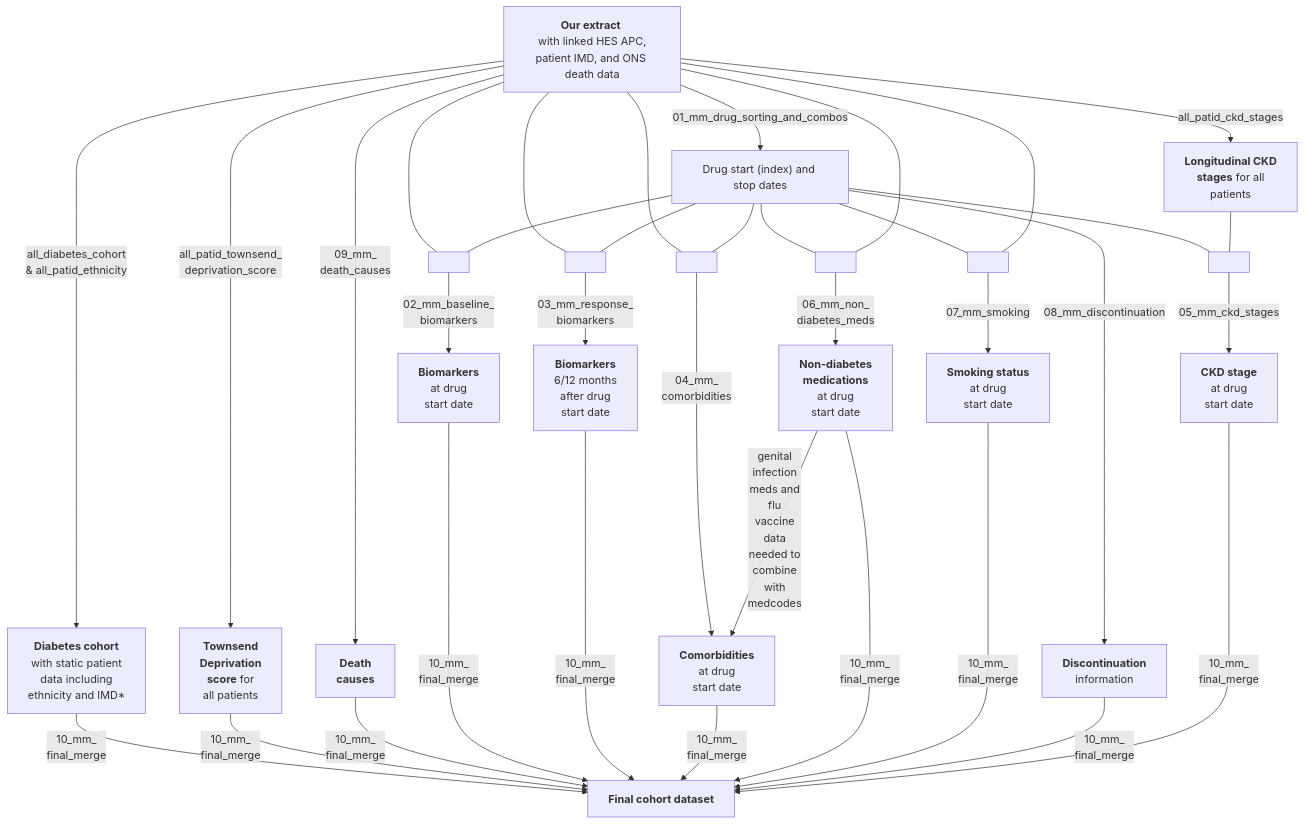
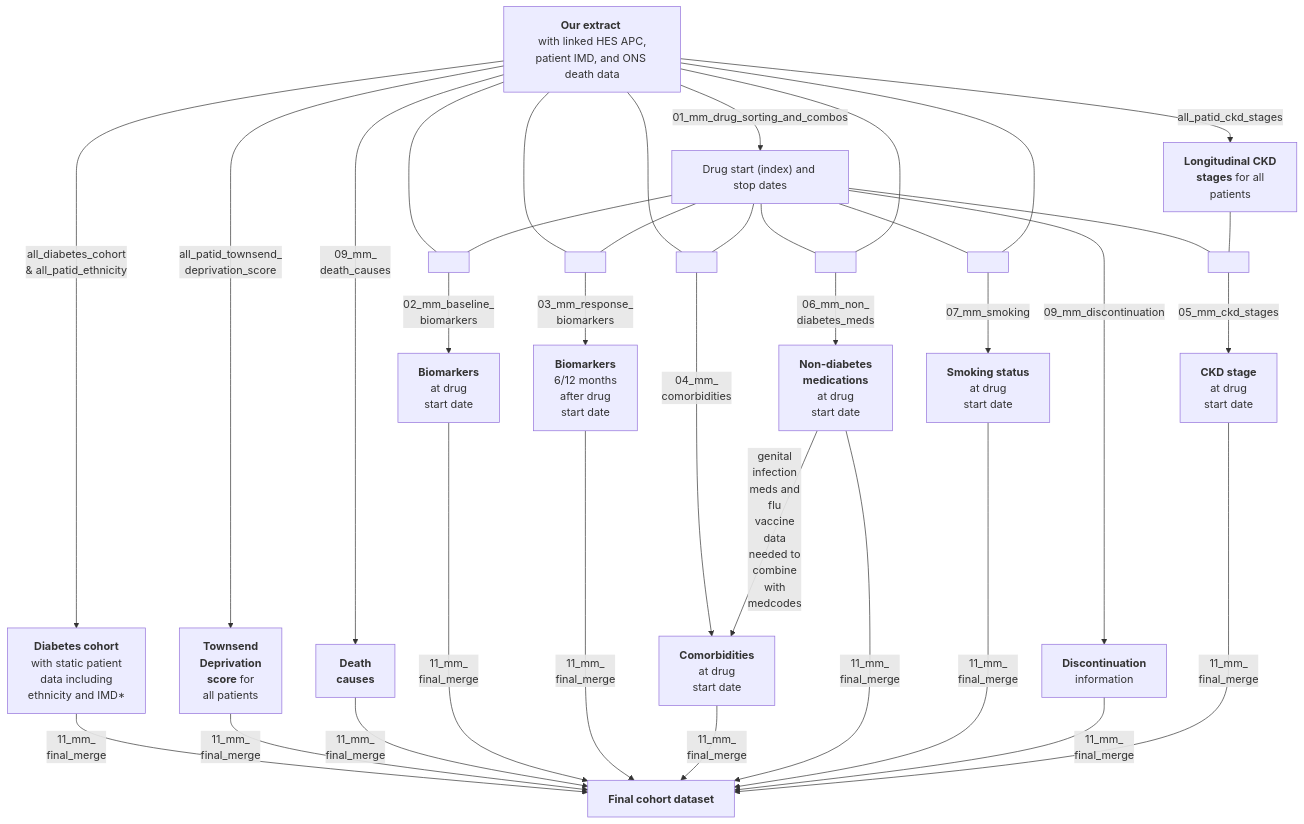
Before and after one commit to Exeter-Diabetes/CPRD-Cohort-scripts: the diagram in 03-Treatment-response-(MASTERMIND)/README.md, drawn with Mermaid.

````diff
--- a/03-Treatment-response-(MASTERMIND)/README.md
+++ b/03-Treatment-response-(MASTERMIND)/README.md
@@ -13,48 +13,48 @@
 ```mermaid
 graph TD;
     A["<b>Our extract</b> <br> with linked HES APC, patient IMD, and ONS death data"] --> |"all_diabetes_cohort <br> & all_patid_ethnicity"|B["<b>Diabetes cohort<br></b> with static patient <br>data including <br>ethnicity and IMD*"]
     A-->|"all_patid_townsend_<br>deprivation_score"|N["<b>Townsend<br> Deprivation<br>score</b> for<br> all patients"]
     A-->|"09_mm_<br>death_causes"|O["<b>Death<br>causes</b>"]
     A-->|"01_mm_drug_sorting_and_combos"|H["Drug start (index) and stop dates"]
 
     A---Y[ ]:::empty
     H---Y
     Y-->|"02_mm_baseline_<br>biomarkers"|E["<b>Biomarkers</b> <br> at drug <br> start date"]
     
     A---T[ ]:::empty
     H---T
     T-->|"03_mm_response_<br>biomarkers"|L["<b>Biomarkers</b> <br> 6/12 months <br> after drug <br>start date"]
     
     A---W[ ]:::empty
     H---W
     W-->|"04_mm_<br>comorbidities"|F["<b>Comorbidities</b> <br> at drug <br> start date"]
     
     H---U[ ]:::empty
     A---U
     U-->|"06_mm_non_<br>diabetes_meds"|M["<b>Non-diabetes <br>medications</b> <br> at drug <br> start date"]
     
     M-->|"genital<br>infection<br>meds and<br>flu<br>vaccine<br>data<br>needed to<br>combine<br>with<br>medcodes"|F
     
     H---X[ ]:::empty
     A---X
     X-->|"07_mm_smoking"|G["<b>Smoking status</b> <br> at drug <br> start date"]
     
-    H-->|"08_mm_discontinuation"|V["<b>Discontinuation</b><br> information"]
+    H-->|"09_mm_discontinuation"|V["<b>Discontinuation</b><br> information"]
     
     A-->|"all_patid_ckd_stages"|C["<b>Longitudinal CKD <br> stages</b> for all <br> patients"]
     H---Z[ ]:::empty
     C---Z
     Z-->|"05_mm_ckd_stages"|I["<b>CKD stage </b> <br> at drug <br> start date"]
     
     
-    B-->|"10_mm_<br>final_merge"|J["<b>Final cohort dataset</b>"]
-    N-->|"10_mm_<br>final_merge"|J
-    O-->|"10_mm_<br>final_merge"|J
-    E-->|"10_mm_<br>final_merge"|J
-    L-->|"10_mm_<br>final_merge"|J
-    F-->|"10_mm_<br>final_merge"|J
-    M-->|"10_mm_<br>final_merge"|J  
-    G-->|"10_mm_<br>final_merge"|J
-    V-->|"10_mm_<br>final_merge"|J
-    I-->|"10_mm_<br>final_merge"|J  
+    B-->|"11_mm_<br>final_merge"|J["<b>Final cohort dataset</b>"]
+    N-->|"11_mm_<br>final_merge"|J
+    O-->|"11_mm_<br>final_merge"|J
+    E-->|"11_mm_<br>final_merge"|J
+    L-->|"11_mm_<br>final_merge"|J
+    F-->|"11_mm_<br>final_merge"|J
+    M-->|"11_mm_<br>final_merge"|J  
+    G-->|"11_mm_<br>final_merge"|J
+    V-->|"11_mm_<br>final_merge"|J
+    I-->|"11_mm_<br>final_merge"|J  
 ```
````
